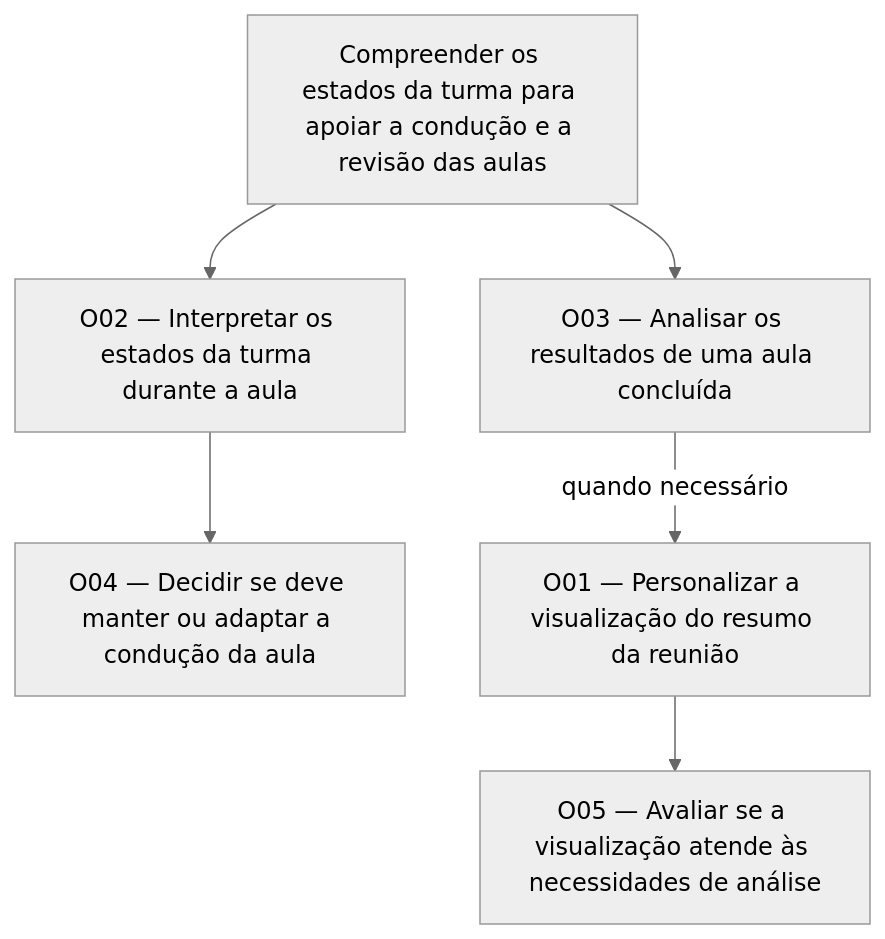
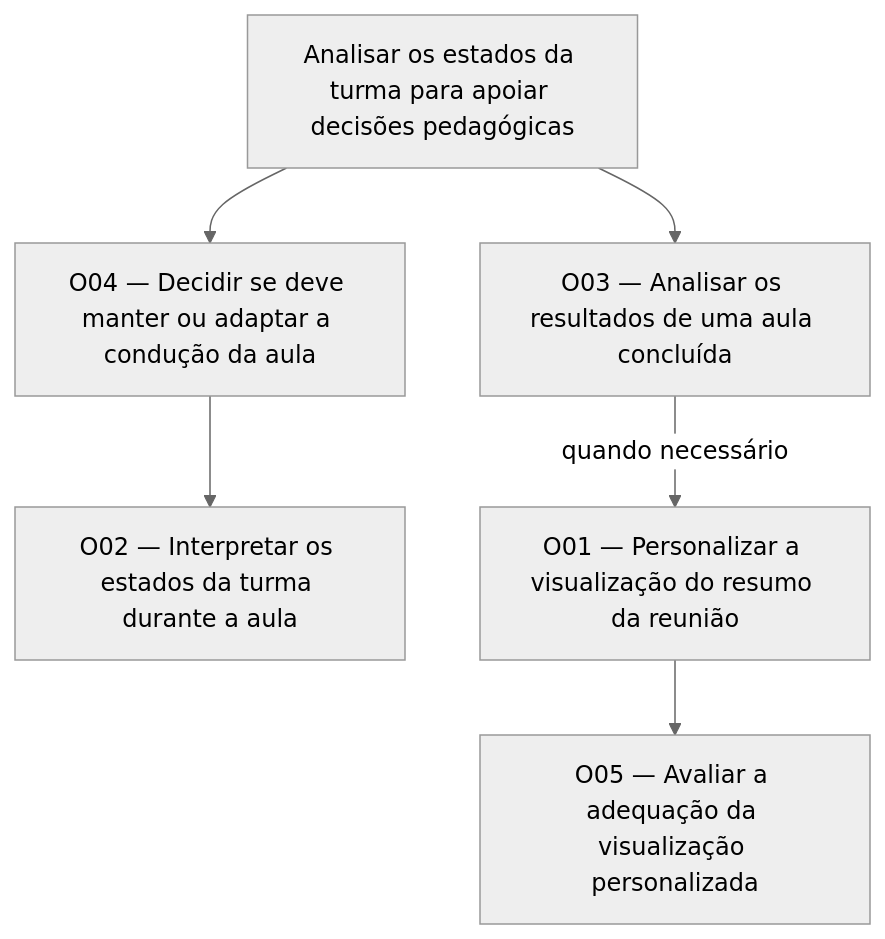
The diagram in docs/09_modelo_conceitual.md (IsaRosseto/IHC_MindFlowAI), drawn with Mermaid (neutral theme) before and after one commit. The commit also changed other lines of this file, not shown here.

````diff
--- a/docs/09_modelo_conceitual.md
+++ b/docs/09_modelo_conceitual.md
@@ -88,18 +87,19 @@
 ```mermaid
 flowchart TD
-    GERAL["Compreender os estados da turma para apoiar a condução e a revisão das aulas"]
+    GERAL["Analisar os estados da turma para apoiar decisões pedagógicas"]
+
+    O04["O04 — Decidir se deve manter ou adaptar a condução da aula"]
+    O03["O03 — Analisar os resultados de uma aula concluída"]
 
     O02["O02 — Interpretar os estados da turma durante a aula"]
-    O03["O03 — Analisar os resultados de uma aula concluída"]
+    O01["O01 — Personalizar a visualização do resumo da reunião"]
+    O05["O05 — Avaliar a adequação da visualização personalizada"]
 
-    O04["O04 — Decidir se deve manter ou adaptar a condução da aula"]
-    O01["O01 — Personalizar a visualização do resumo da reunião"]
-    O05["O05 — Avaliar se a visualização atende às necessidades de análise"]
-
-    GERAL --> O02
+    GERAL --> O04
     GERAL --> O03
 
-    O02 --> O04
+    O04 --> O02
+
     O03 -->|"quando necessário"| O01
     O01 --> O05
 ```
````
